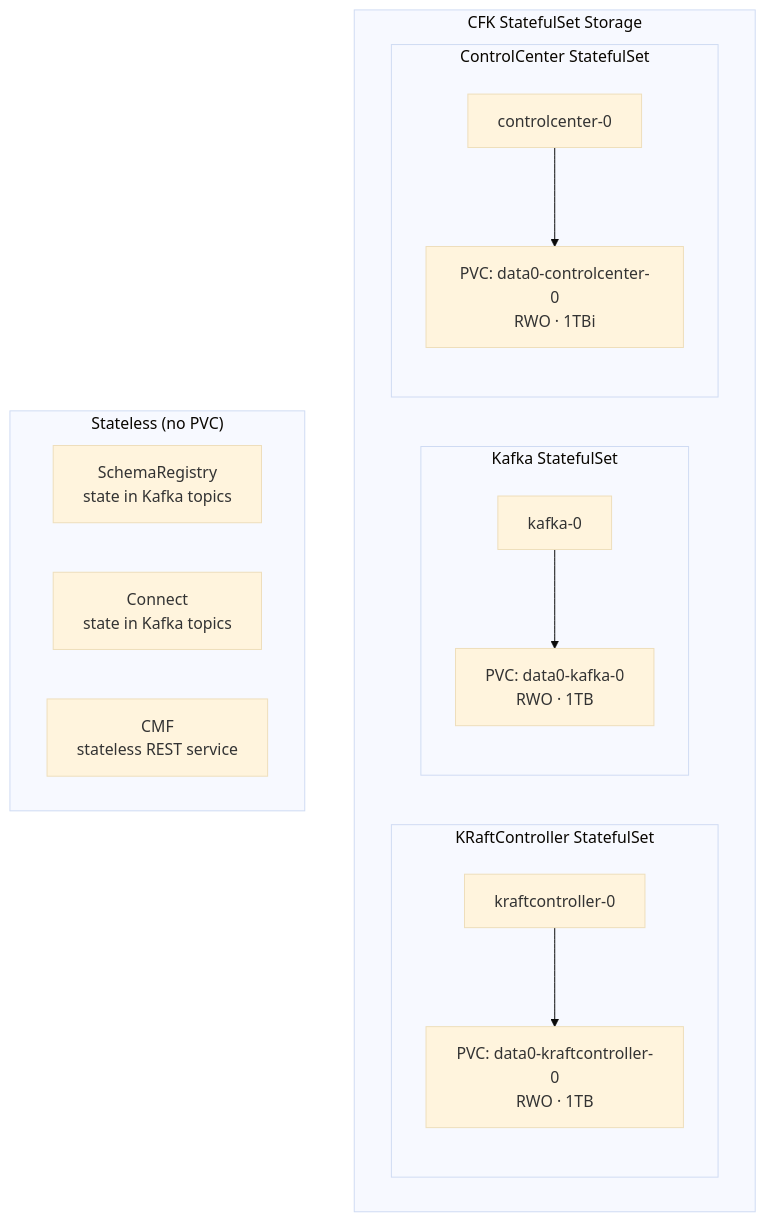
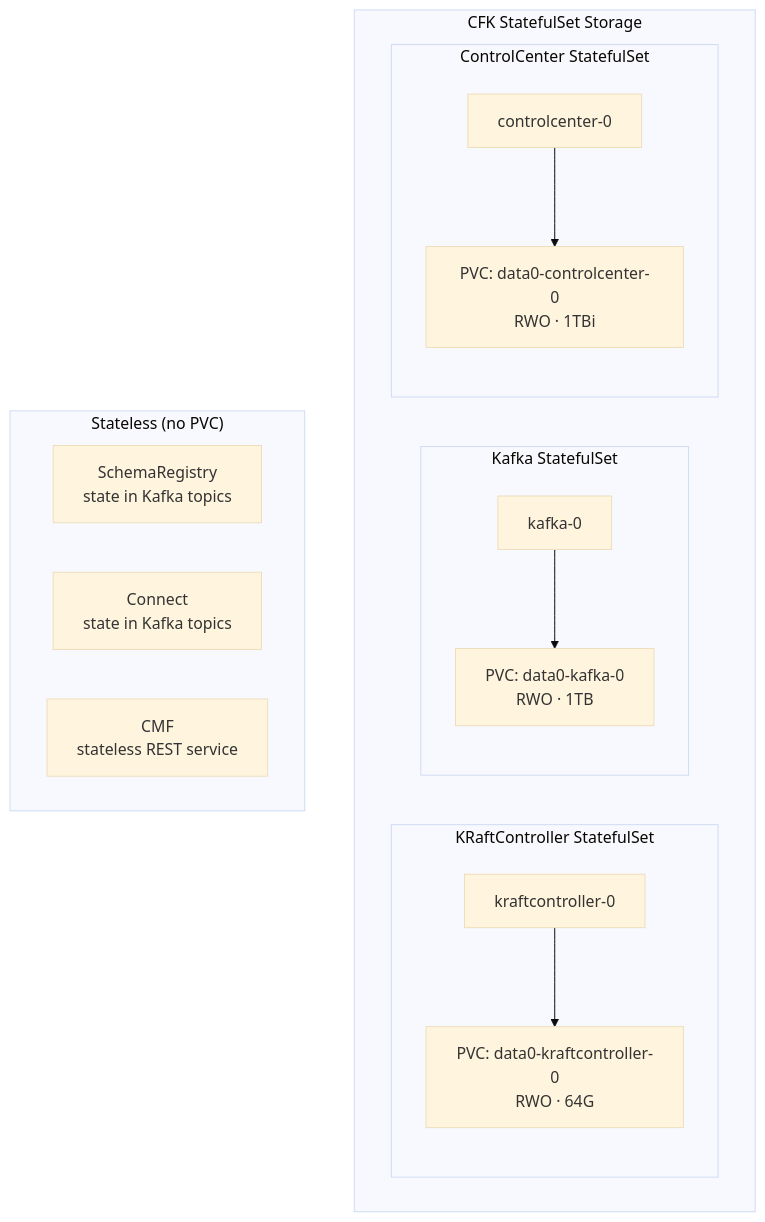
Before and after one commit to aadmassu/flink-on-k8s-with-cp: the third of 4 diagrams in docs/STORAGE.md, drawn with Mermaid (base theme). The commit also changed other lines of this file, not shown here.

Commit message:
Set KRaft controller PVC to 64G per Confluent recommendation

````diff
--- a/docs/STORAGE.md
+++ b/docs/STORAGE.md
@@ -83,28 +83,28 @@
 ```mermaid
 flowchart TD
     subgraph cfk["CFK StatefulSet Storage"]
         subgraph kraft["KRaftController StatefulSet"]
             kraft0["kraftcontroller-0"]
-            kraft_pvc0["PVC: data0-kraftcontroller-0<br>RWO · 1TB"]
+            kraft_pvc0["PVC: data0-kraftcontroller-0<br>RWO · 64G"]
             kraft0 --> kraft_pvc0
         end
 
         subgraph kafka["Kafka StatefulSet"]
             kafka0["kafka-0"]
             kafka_pvc0["PVC: data0-kafka-0<br>RWO · 1TB"]
             kafka0 --> kafka_pvc0
         end
 
         subgraph c3["ControlCenter StatefulSet"]
             c30["controlcenter-0"]
             c3_pvc0["PVC: data0-controlcenter-0<br>RWO · 1TBi"]
             c30 --> c3_pvc0
         end
     end
 
     subgraph stateless["Stateless (no PVC)"]
         sr["SchemaRegistry<br>state in Kafka topics"]
         connect["Connect<br>state in Kafka topics"]
         cmf["CMF<br>stateless REST service"]
     end
 ```
````
